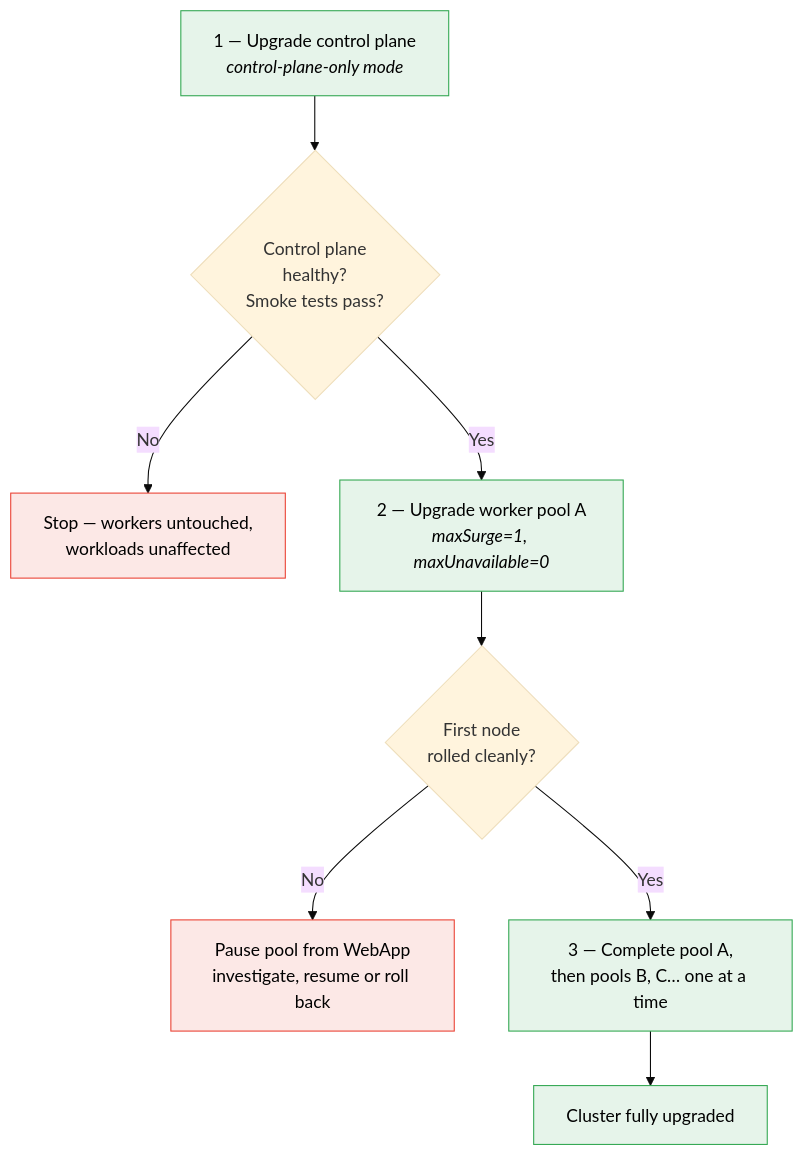
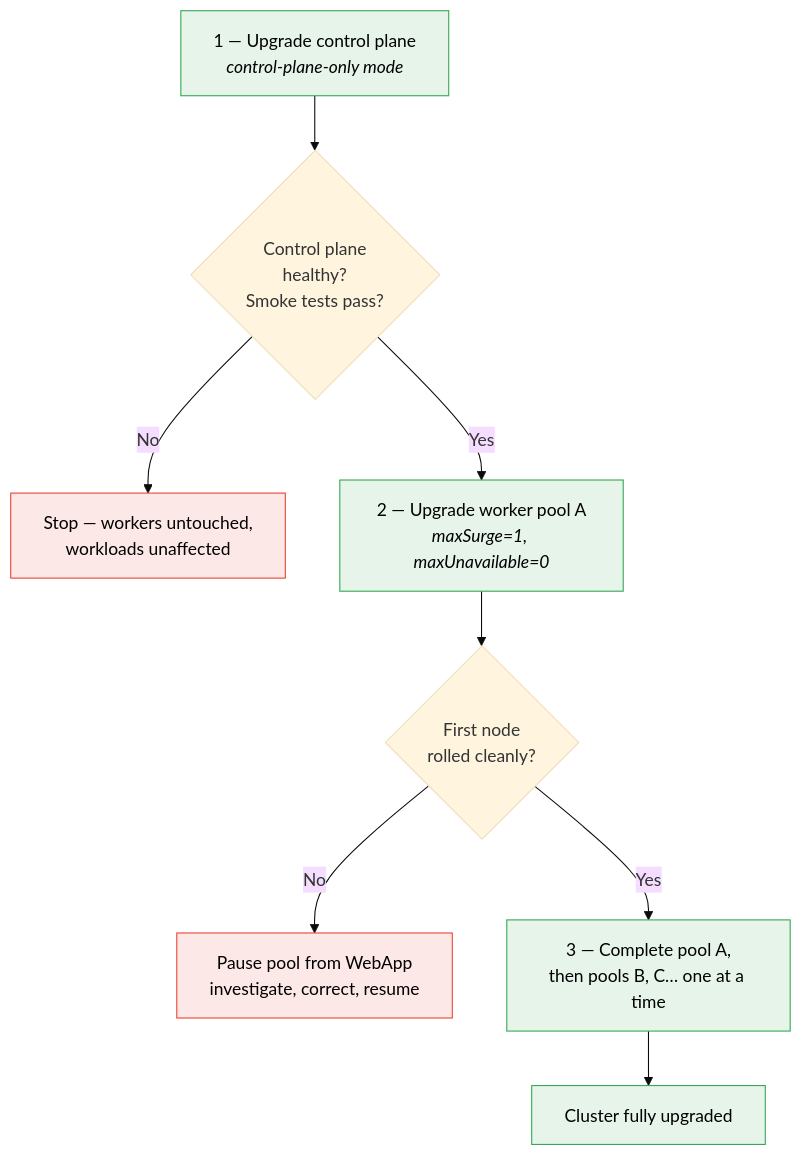
Before and after one commit to cs-3pp/kubernetes-cluster: the third of 7 diagrams in docs/managed-kubernetes-datasheet.md, drawn with Mermaid (base theme). The commit also changed other lines of this file, not shown here.

````diff
--- a/docs/managed-kubernetes-datasheet.md
+++ b/docs/managed-kubernetes-datasheet.md
@@ -235,15 +234,15 @@
 ```mermaid
 flowchart TB
     A["1 — Upgrade control plane<br/><i>control-plane-only mode</i>"] --> A1{"Control plane<br/>healthy?<br/>Smoke tests pass?"}
     A1 -->|No| AX["Stop — workers untouched,<br/>workloads unaffected"]
     A1 -->|Yes| B["2 — Upgrade worker pool A<br/><i>maxSurge=1, maxUnavailable=0</i>"]
     B --> B1{"First node<br/>rolled cleanly?"}
-    B1 -->|No| BX["Pause pool from WebApp<br/>investigate, resume or roll back"]
+    B1 -->|No| BX["Pause pool from WebApp<br/>investigate, correct, resume"]
     B1 -->|Yes| C["3 — Complete pool A,<br/>then pools B, C… one at a time"]
     C --> D["Cluster fully upgraded"]
 
     classDef ok fill:#e6f4ea,stroke:#34a853,color:#000
     classDef warn fill:#fce8e6,stroke:#ea4335,color:#000
     class A,B,C,D ok
     class AX,BX warn
 ```
````
